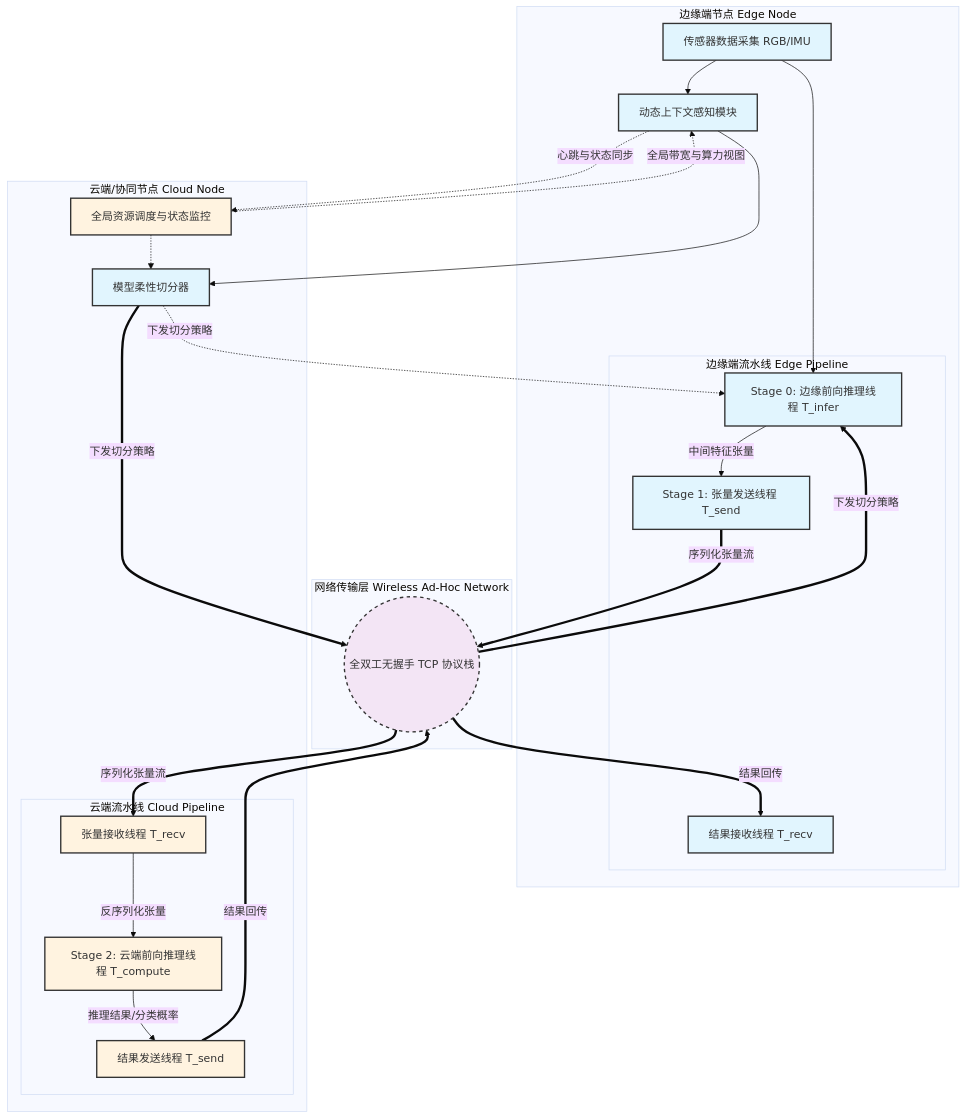
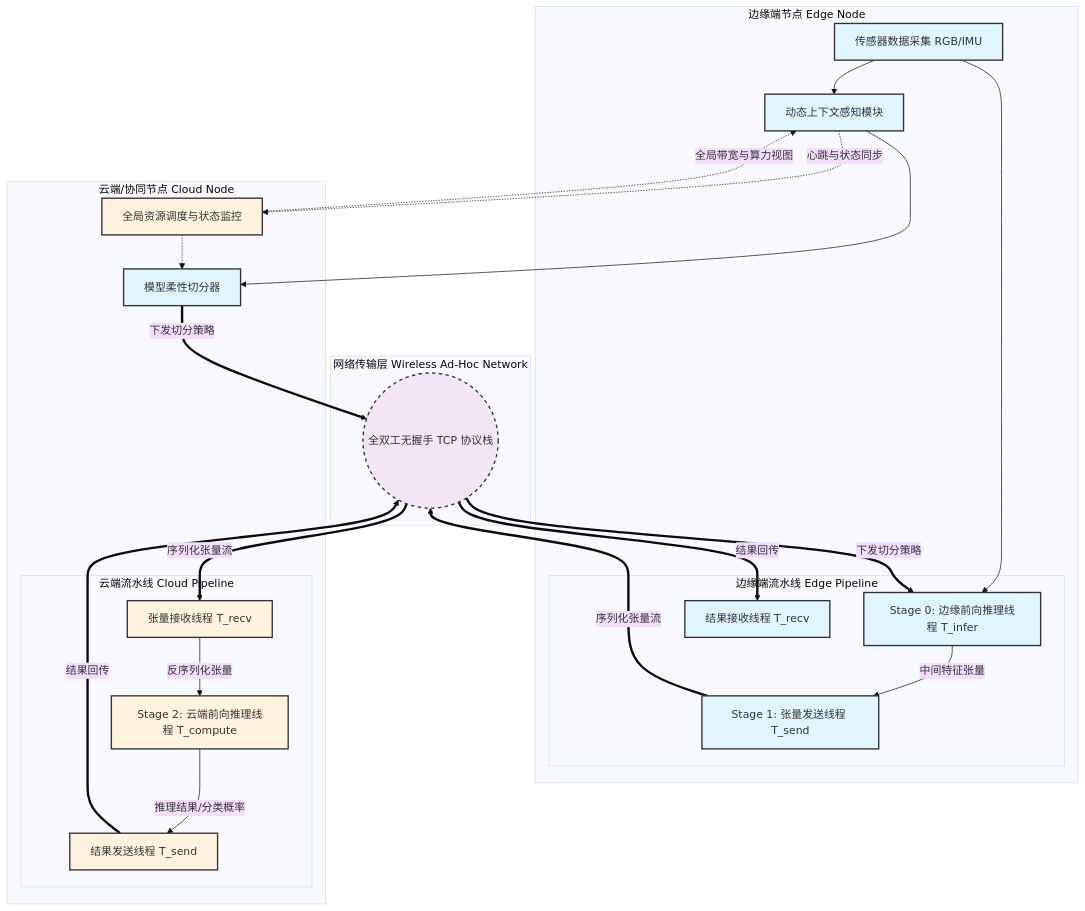
Before and after one commit to intmain-yy/iodraw-files: the diagram in all/AI-1.md, drawn with Mermaid (base theme).

Commit message:
2026-02-27 16:54:11 update

````diff
--- a/all/AI-1.md
+++ b/all/AI-1.md
@@ -1,55 +1,55 @@
 ```mermaid
 graph TD
     subgraph "边缘端节点 Edge Node"
         A1["传感器数据采集 RGB/IMU"] --> A2[动态上下文感知模块]
         
         
         subgraph "边缘端流水线 Edge Pipeline"
             A4[Stage 0: 边缘前向推理线程 T_infer]
             A5[Stage 1: 张量发送线程 T_send]
             A6[结果接收线程 T_recv]
         end
         
         
         A1 --> A4
         A4 -->|中间特征张量| A5
     end
 
     subgraph "网络传输层 Wireless Ad-Hoc Network"
         N1(("全双工无握手 TCP 协议栈"))
     end
 
     subgraph "云端/协同节点 Cloud Node"
         subgraph "云端流水线 Cloud Pipeline"
             C1[张量接收线程 T_recv]
             C2[Stage 2: 云端前向推理线程 T_compute]
             C3[结果发送线程 T_send]
         end
         
         C4[全局资源调度与状态监控]
         C4-.->A3
         A2 --> A3[模型柔性切分器]
-        A3 -.->|下发切分策略| A4
+        %% A3 -.->|下发切分策略| A4
     end
 
     A5 ==>|序列化张量流| N1
     N1 ==>|序列化张量流| C1
     A3 ==>|下发切分策略| N1
-    N1 ==> |下发切分策略|A4
+    N1 ==>|下发切分策略| A4
     C4 -.->|全局带宽与算力视图| A2
     C1 -->|反序列化张量| C2
     C2 -->|"推理结果/分类概率"| C3
     C3 ==>|结果回传| N1
     N1 ==>|结果回传| A6
     
     A2 -.->|心跳与状态同步| C4
     %% C4 -.->|全局带宽与算力视图| A2
 
     classDef edge fill:#e1f5fe,stroke:#333,stroke-width:2px;
     classDef cloud fill:#fff3e0,stroke:#333,stroke-width:2px;
     classDef net fill:#f3e5f5,stroke:#333,stroke-width:2px,stroke-dasharray: 5 5;
     
     class A1,A2,A3,A4,A5,A6 edge;
     class C1,C2,C3,C4 cloud;
     class N1 net;
 ```
````
